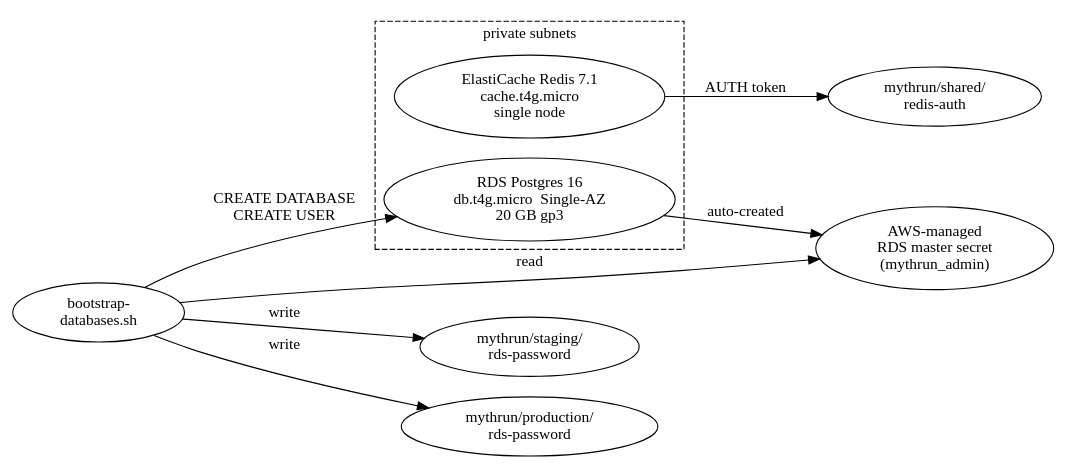
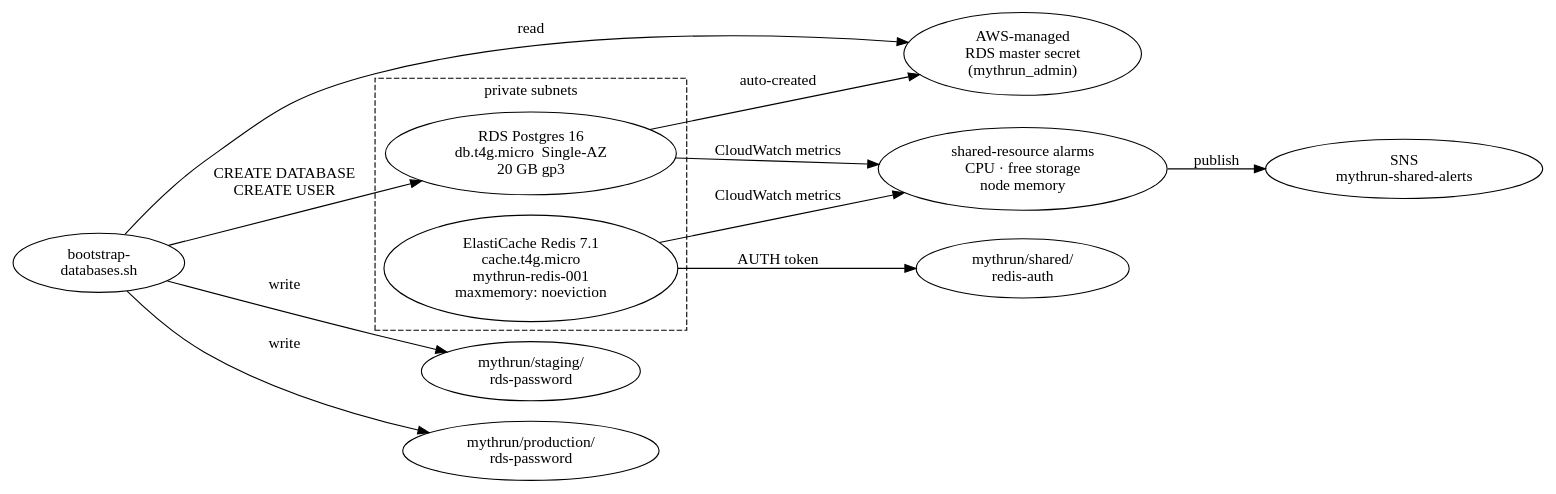
Before and after one commit to mythrun/mythrun: the diagram in docs/wiki/diagrams/infra/data.dot, drawn with Graphviz. The commit also changed 101 other files, not shown here.

```diff
--- a/docs/wiki/diagrams/infra/data.dot
+++ b/docs/wiki/diagrams/infra/data.dot
@@ -1,29 +1,36 @@
 digraph data {
   rankdir=LR;
 
   subgraph cluster_private {
     label="private subnets";
     style="dashed";
     color="ember";
     fontcolor="ember";
 
     rds   [label="RDS Postgres 16\ndb.t4g.micro  Single-AZ\n20 GB gp3"];
-    redis [label="ElastiCache Redis 7.1\ncache.t4g.micro\nsingle node"];
+    redis [label="ElastiCache Redis 7.1\ncache.t4g.micro\nmythrun-redis-001\nmaxmemory: noeviction"];
   }
 
   master_secret  [label="AWS-managed\nRDS master secret\n(mythrun_admin)"];
   redis_secret   [label="mythrun/shared/\nredis-auth"];
   staging_secret [label="mythrun/staging/\nrds-password"];
   prod_secret    [label="mythrun/production/\nrds-password"];
 
   bootstrap [label="bootstrap-\ndatabases.sh", color="ember", fontcolor="ember"];
 
+  alarms [label="shared-resource alarms\nCPU · free storage\nnode memory", color="ember", fontcolor="ember"];
+  shared_sns [label="SNS\nmythrun-shared-alerts"];
+
   rds -> master_secret [label="auto-created"];
+
+  rds    -> alarms [label="CloudWatch metrics"];
+  redis  -> alarms [label="CloudWatch metrics"];
+  alarms -> shared_sns [label="publish"];
 
   bootstrap -> master_secret  [label="read"];
   bootstrap -> rds            [label="CREATE DATABASE\nCREATE USER"];
   bootstrap -> staging_secret [label="write"];
   bootstrap -> prod_secret    [label="write"];
 
   redis -> redis_secret [label="AUTH token"];
 }
```
